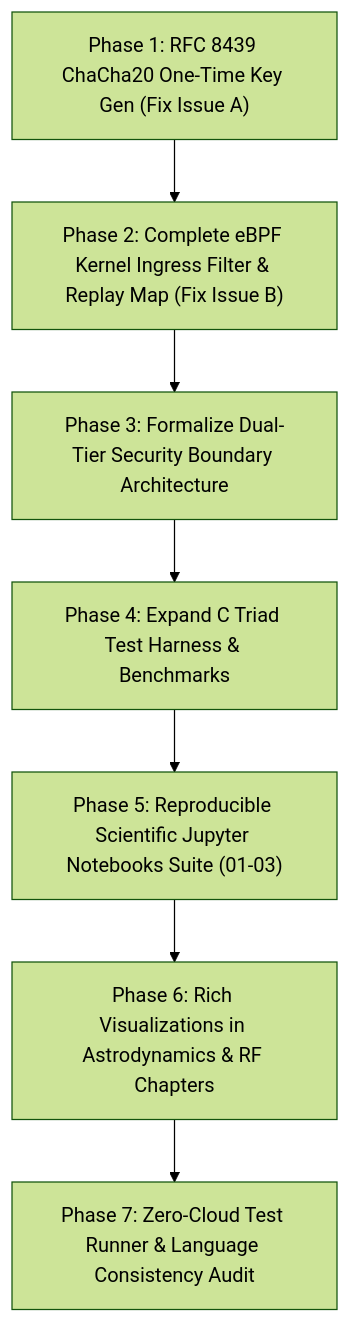
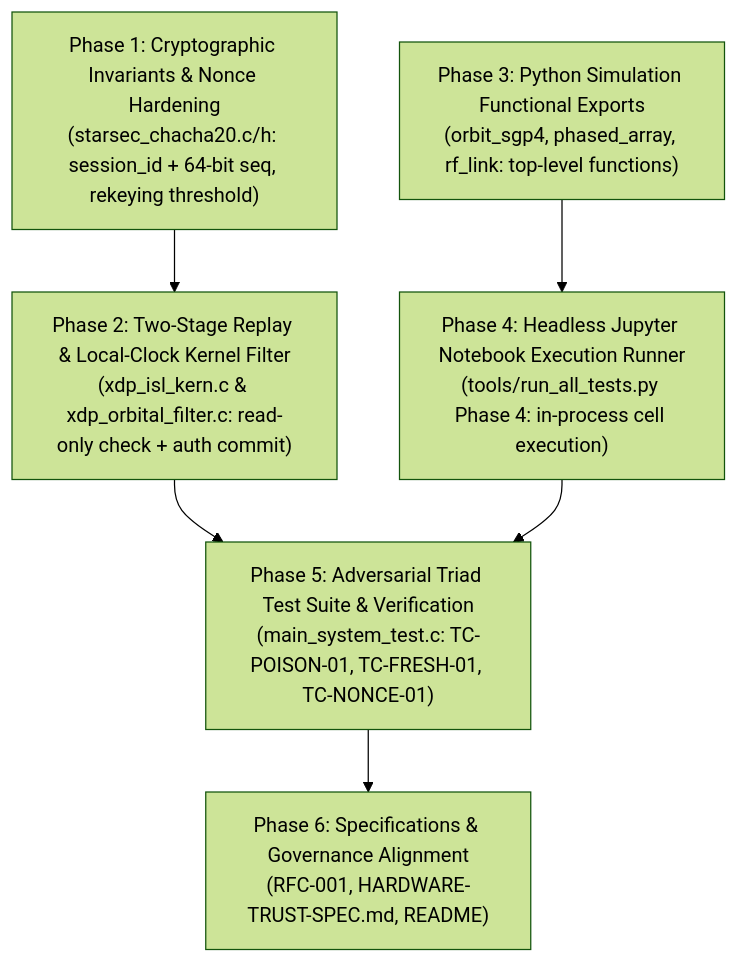
The second of 2 diagrams in implementation_plan.md (techdeveloper-org/starlink-research-report), drawn with Mermaid (forest theme) before and after one commit. The commit also changed other lines of this file and 13 other files, not shown here.

First line of the commit message:
fix(security): Hardened Two-Stage Anti-Replay Commit, Local Clock Freshness, Nonce Invariants & Headless Notebook Execution (#9)

````diff
--- a/implementation_plan.md
+++ b/implementation_plan.md
@@ -370,9 +236,15 @@
 ```mermaid
-graph TD
-    Phase1["Phase 1: RFC 8439 ChaCha20 One-Time Key Gen (Fix Issue A)"] --> Phase2["Phase 2: Complete eBPF Kernel Ingress Filter & Replay Map (Fix Issue B)"]
-    Phase2 --> Phase3["Phase 3: Formalize Dual-Tier Security Boundary Architecture"]
-    Phase3 --> Phase4["Phase 4: Expand C Triad Test Harness & Benchmarks"]
-    Phase4 --> Phase5["Phase 5: Reproducible Scientific Jupyter Notebooks Suite (01-03)"]
-    Phase5 --> Phase6["Phase 6: Rich Visualizations in Astrodynamics & RF Chapters"]
-    Phase6 --> Phase7["Phase 7: Zero-Cloud Test Runner & Language Consistency Audit"]
+flowchart TD
+    P1["Phase 1: Cryptographic Invariants & Nonce Hardening<br/>(starsec_chacha20.c/h: session_id + 64-bit seq, rekeying threshold)"]
+    P2["Phase 2: Two-Stage Replay & Local-Clock Kernel Filter<br/>(xdp_isl_kern.c & xdp_orbital_filter.c: read-only check + auth commit)"]
+    P3["Phase 3: Python Simulation Functional Exports<br/>(orbit_sgp4, phased_array, rf_link: top-level functions)"]
+    P4["Phase 4: Headless Jupyter Notebook Execution Runner<br/>(tools/run_all_tests.py Phase 4: in-process cell execution)"]
+    P5["Phase 5: Adversarial Triad Test Suite & Verification<br/>(main_system_test.c: TC-POISON-01, TC-FRESH-01, TC-NONCE-01)"]
+    P6["Phase 6: Specifications & Governance Alignment<br/>(RFC-001, HARDWARE-TRUST-SPEC.md, README)"]
+
+    P1 --> P2
+    P2 --> P5
+    P3 --> P4
+    P4 --> P5
+    P5 --> P6
 ```
````
